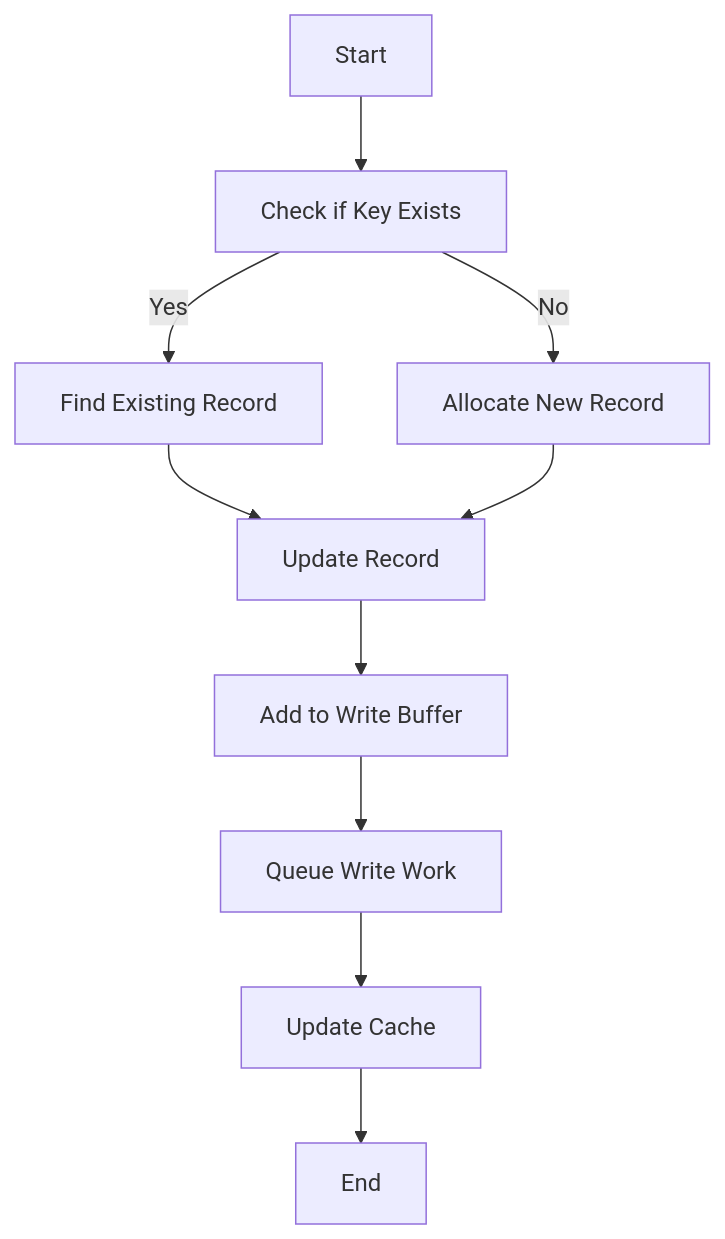
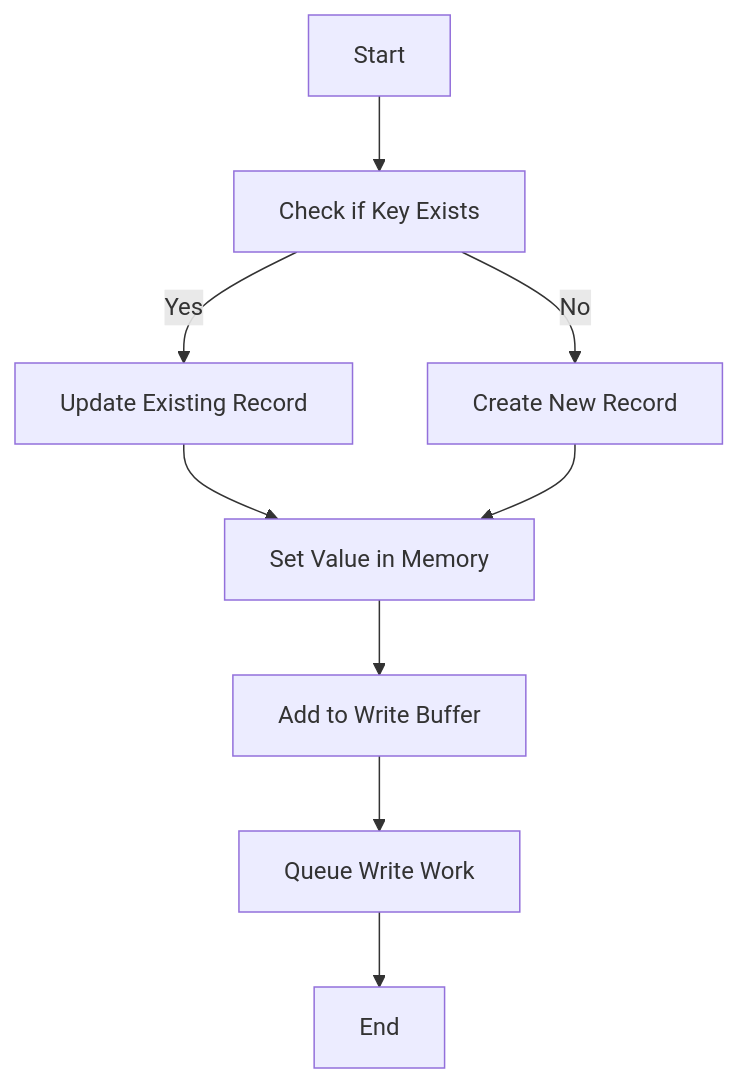
Before and after one commit to mehrantsi/high-performance-kv-store: the fifth of 11 diagrams in TechnicalDesign.md, drawn with Mermaid. The commit also changed other lines of this file, not shown here.

````diff
--- a/TechnicalDesign.md
+++ b/TechnicalDesign.md
@@ -446,12 +446,11 @@
 ```mermaid
 flowchart TD
     A[Start] --> B[Check if Key Exists]
-    B -->|Yes| C[Find Existing Record]
-    B -->|No| D[Allocate New Record]
-    C --> E[Update Record]
+    B -->|Yes| C[Update Existing Record]
+    B -->|No| D[Create New Record]
+    C --> E[Set Value in Memory]
     D --> E
     E --> F[Add to Write Buffer]
     F --> G[Queue Write Work]
-    G --> H[Update Cache]
-    H --> I[End]
+    G --> H[End]
 ```
````
